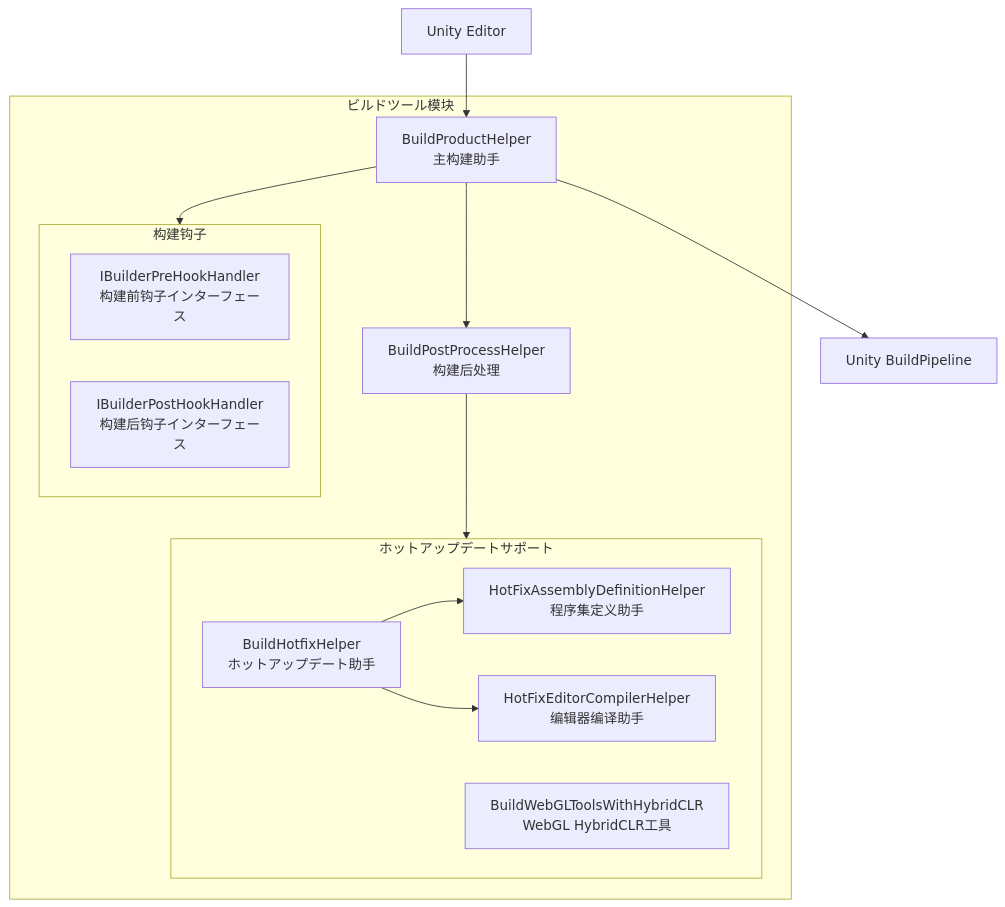
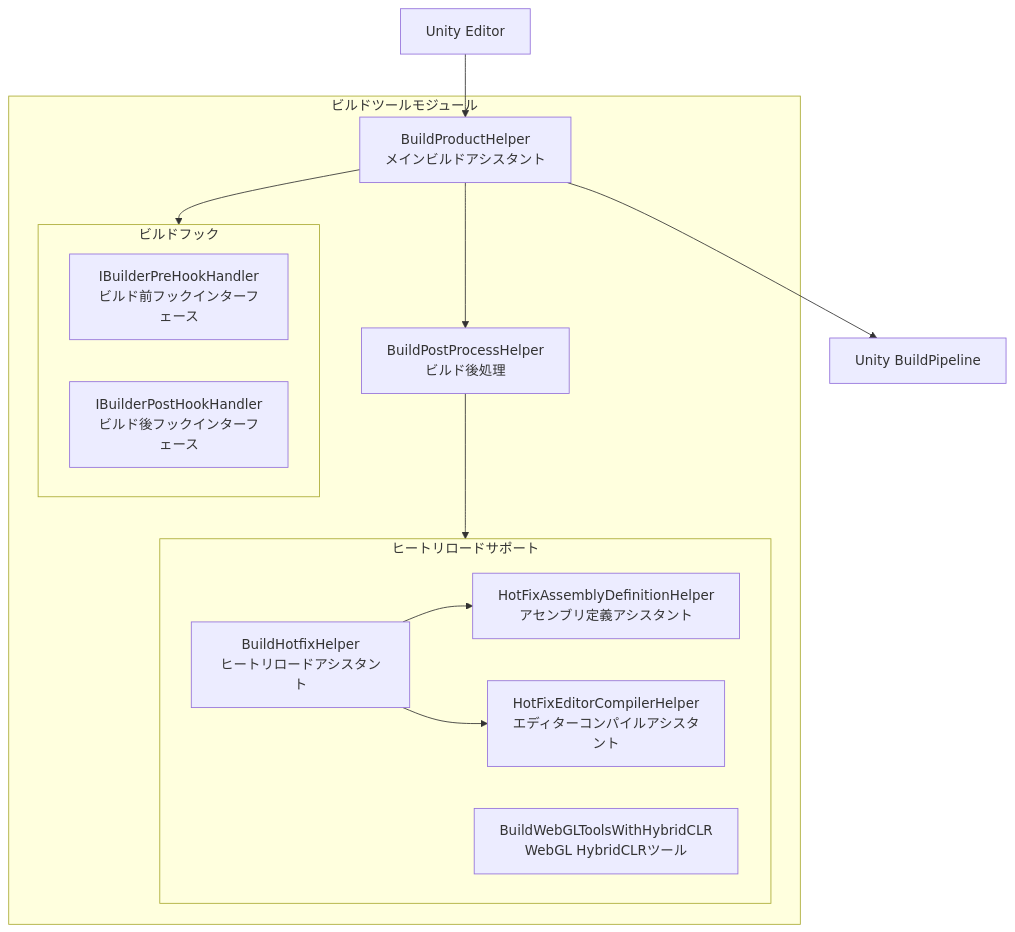
One commit to AlianBlank/GameFrameX.Docs changed the first of 2 diagrams in docs/ja/client/unity/component/core/11.build-tools.md. Above: the diagram before and after it, drawn with Mermaid. The commit also changed other lines of this file and 320 other files, not shown here.

````diff
--- a/docs/ja/client/unity/component/core/11.build-tools.md
+++ b/docs/ja/client/unity/component/core/11.build-tools.md
@@ -17,30 +17,30 @@
 ```mermaid
 flowchart TD
-    subgraph BuildTools["ビルドツール模块"]
-        BH[BuildProductHelper<br/>主构建助手]
-        BPH[BuildPostProcessHelper<br/>构建后处理]
-        
-        subgraph Hooks["构建钩子"]
-            IPH[IBuilderPreHookHandler<br/>构建前钩子インターフェース]
-            IPO[IBuilderPostHookHandler<br/>构建后钩子インターフェース]
+    subgraph BuildTools["ビルドツールモジュール"]
+        BH[BuildProductHelper<br/>メインビルドアシスタント]
+        BPH[BuildPostProcessHelper<br/>ビルド後処理]
+
+        subgraph Hooks["ビルドフック"]
+            IPH[IBuilderPreHookHandler<br/>ビルド前フックインターフェース]
+            IPO[IBuilderPostHookHandler<br/>ビルド後フックインターフェース]
         end
-        
-        subgraph Hotfix["ホットアップデートサポート"]
-            BHH[BuildHotfixHelper<br/>ホットアップデート助手]
-            HECH[HotFixEditorCompilerHelper<br/>编辑器编译助手]
-            HADH[HotFixAssemblyDefinitionHelper<br/>程序集定义助手]
-            BWG[BuildWebGLToolsWithHybridCLR<br/>WebGL HybridCLR工具]
+
+        subgraph Hotfix["ヒートリロードサポート"]
+            BHH[BuildHotfixHelper<br/>ヒートリロードアシスタント]
+            HECH[HotFixEditorCompilerHelper<br/>エディターコンパイルアシスタント]
+            HADH[HotFixAssemblyDefinitionHelper<br/>アセンブリ定義アシスタント]
+            BWG[BuildWebGLToolsWithHybridCLR<br/>WebGL HybridCLRツール]
         end
     end
-    
+
     UnityEditor[Unity Editor]
     BuildPipeline[Unity BuildPipeline]
-    
+
     UnityEditor --> BH
     BH --> Hooks
     BH --> BuildPipeline
     BH --> BPH
     BPH --> Hotfix
     BHH --> HADH
     BHH --> HECH
 ```
````
